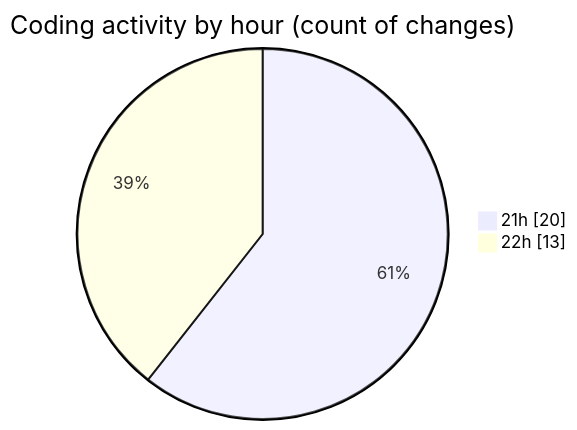
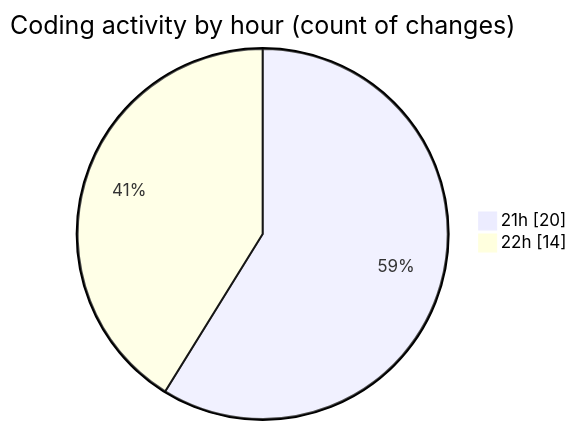
Before and after one commit to Ritupan-Deka/code-tracking: the second of 2 diagrams in 2025-06-01/projects/README.md, drawn with Mermaid. The commit also changed other lines of this file and 1 other file, not shown here.

````diff
--- a/2025-06-01/projects/README.md
+++ b/2025-06-01/projects/README.md
@@ -35,6 +35,6 @@
 ```mermaid
 pie showData
 title Coding activity by hour (count of changes)
 "21h" : 20
-"22h" : 13
+"22h" : 14
 ```
````
